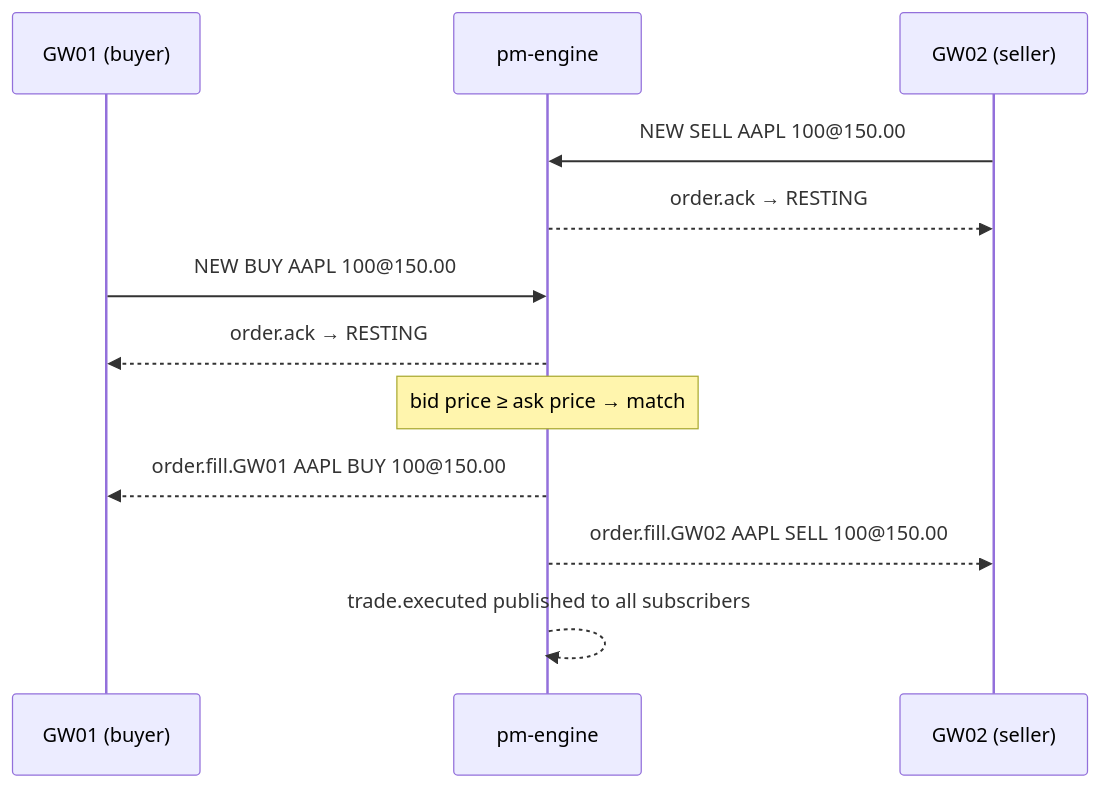
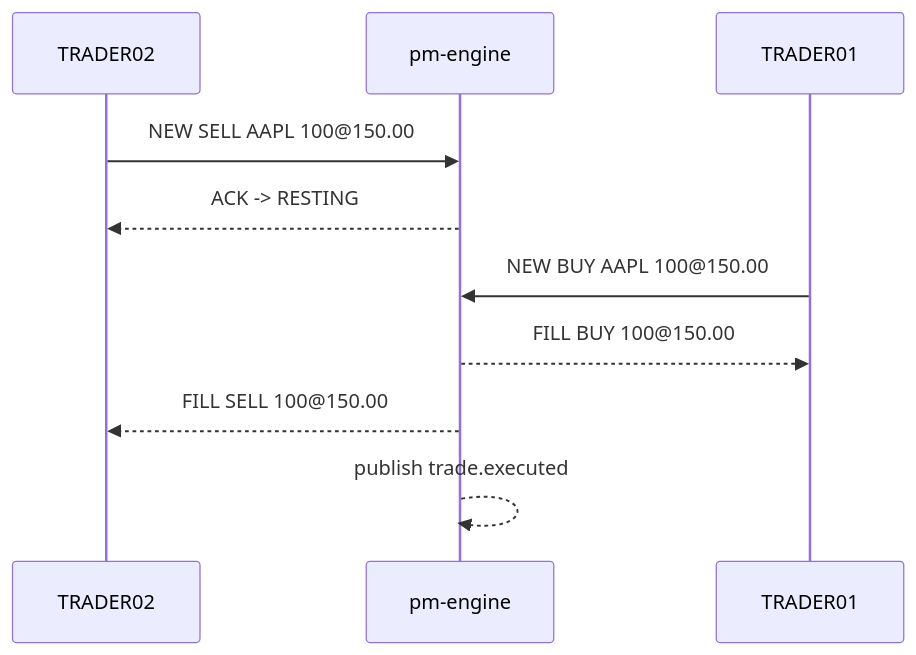
Before and after one commit to johan162/EduMatcher: the second of 2 diagrams in docs/user-guide/000-getting-started.md, drawn with Mermaid. The commit also changed other lines of this file and 2 other files, not shown here.

````diff
--- a/docs/user-guide/000-getting-started.md
+++ b/docs/user-guide/000-getting-started.md
@@ -583,16 +347,13 @@
 ```mermaid
 sequenceDiagram
-    participant A as GW01 (buyer)
+    participant S as TRADER02
     participant E as pm-engine
-    participant B as GW02 (seller)
+    participant B as TRADER01
 
-    B->>E: NEW SELL AAPL 100@150.00
-    E-->>B: order.ack → RESTING
-
-    A->>E: NEW BUY AAPL 100@150.00
-    E-->>A: order.ack → RESTING
-    note over E: bid price ≥ ask price → match
-    E-->>A: order.fill.GW01  AAPL BUY  100@150.00
-    E-->>B: order.fill.GW02  AAPL SELL 100@150.00
-    E-->>E: trade.executed published to all subscribers
+    S->>E: NEW SELL AAPL 100@150.00
+    E-->>S: ACK -> RESTING
+    B->>E: NEW BUY AAPL 100@150.00
+    E-->>B: FILL BUY 100@150.00
+    E-->>S: FILL SELL 100@150.00
+    E-->>E: publish trade.executed
 ```
````
